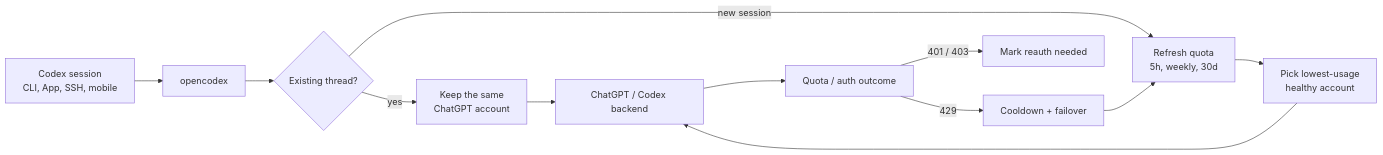
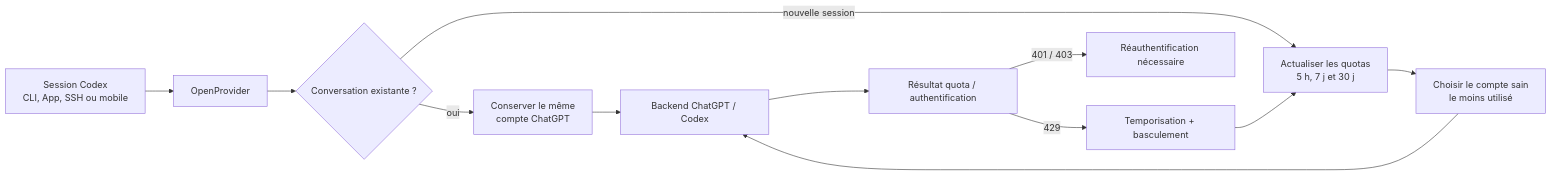
The diagram in README.md (mDevsLabs/OpenProvider), drawn with Mermaid before and after one commit. The commit also changed other lines of this file and 1154 other files, not shown here.

````diff
--- a/README.md
+++ b/README.md
@@ -68,14 +66,14 @@
 ```mermaid
 flowchart LR
-  codex[Codex session<br/>CLI, App, SSH, mobile] --> proxy[opencodex]
-  proxy --> existing{Existing thread?}
-  existing -->|yes| pinned[Keep the same<br/>ChatGPT account]
-  existing -->|new session| quota[Refresh quota<br/>5h, weekly, 30d]
-  quota --> pick[Pick lowest-usage<br/>healthy account]
-  pick --> upstream[ChatGPT / Codex backend]
+  codex[Session Codex<br/>CLI, App, SSH ou mobile] --> proxy[OpenProvider]
+  proxy --> existing{Conversation existante ?}
+  existing -->|oui| pinned[Conserver le même<br/>compte ChatGPT]
+  existing -->|nouvelle session| quota[Actualiser les quotas<br/>5 h, 7 j et 30 j]
+  quota --> pick[Choisir le compte sain<br/>le moins utilisé]
+  pick --> upstream[Backend ChatGPT / Codex]
   pinned --> upstream
-  upstream --> outcomes[Quota / auth outcome]
-  outcomes -->|429| cooldown[Cooldown + failover]
-  outcomes -->|401 / 403| reauth[Mark reauth needed]
+  upstream --> outcomes[Résultat quota / authentification]
+  outcomes -->|429| cooldown[Temporisation + basculement]
+  outcomes -->|401 / 403| reauth[Réauthentification nécessaire]
   cooldown --> quota
 ```
````
